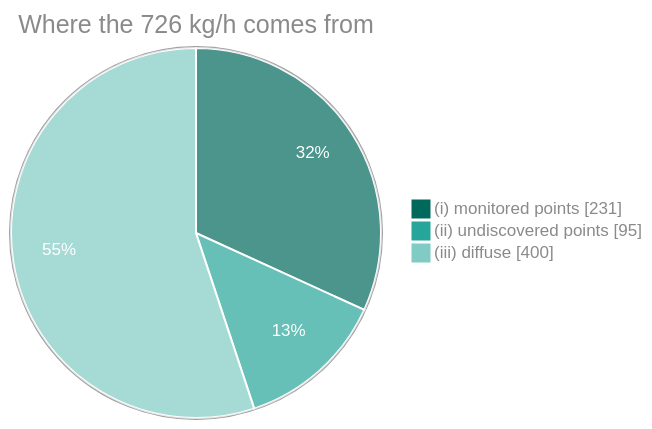
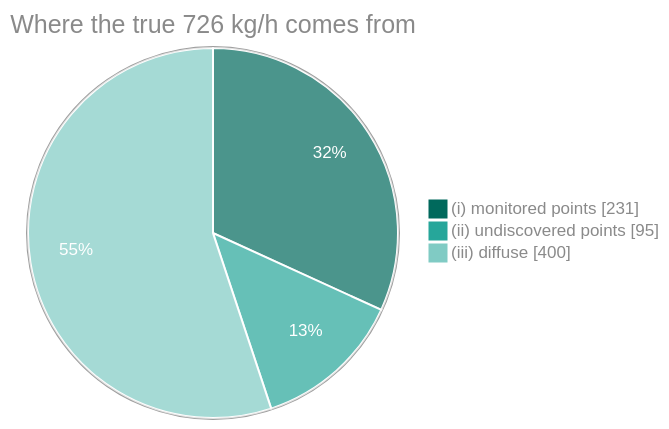
Before and after one commit to jejjohnson/plumax: the second of 2 diagrams in docs/theory/inventory/03_phases.md, drawn with Mermaid. The commit also changed other lines of this file and 2 other files, not shown here.

````diff
--- a/docs/theory/inventory/03_phases.md
+++ b/docs/theory/inventory/03_phases.md
@@ -155,7 +172,7 @@
     ```mermaid
     %%{init: {"themeVariables": {"pie1": "#00695c", "pie2": "#26a69a", "pie3": "#80cbc4", "pie4": "#b2dfdb", "pie5": "#ffb74d", "pieStrokeColor": "#ffffff", "pieOuterStrokeColor": "#9e9e9e", "pieTitleTextColor": "#8a8a8a", "pieLegendTextColor": "#8a8a8a", "pieSectionTextColor": "#ffffff"}}}%%
-    pie showData title Where the 726 kg/h comes from
+    pie showData title Where the true 726 kg/h comes from
         "(i) monitored points" : 231
         "(ii) undiscovered points" : 95
         "(iii) diffuse" : 400
     ```
````
